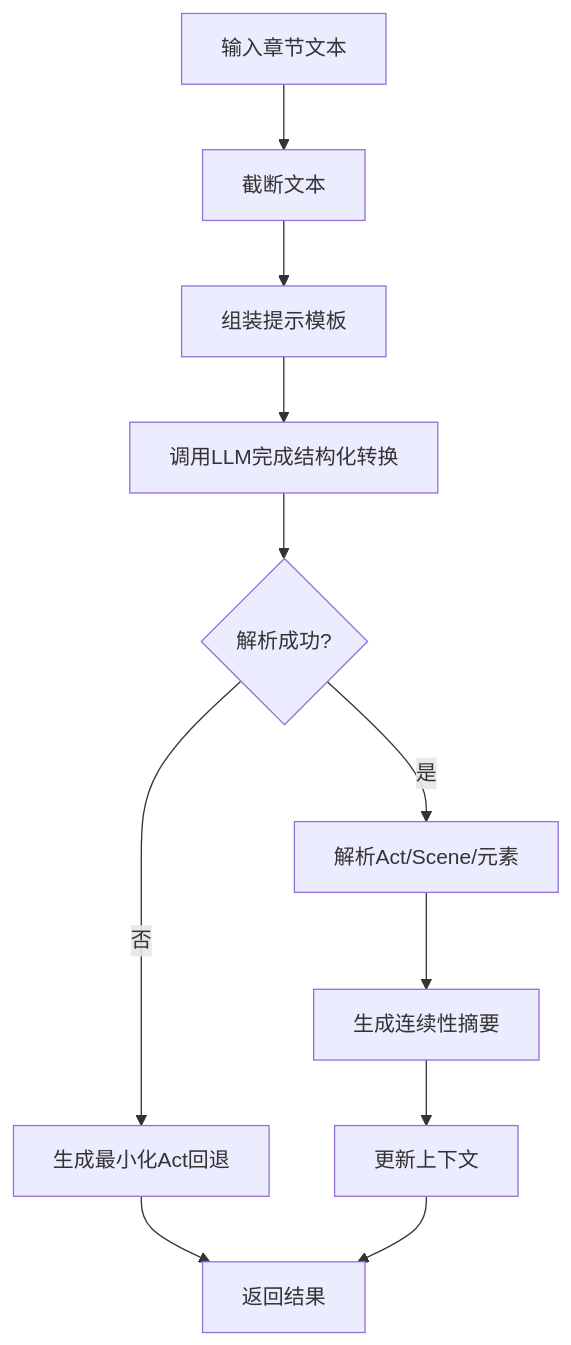
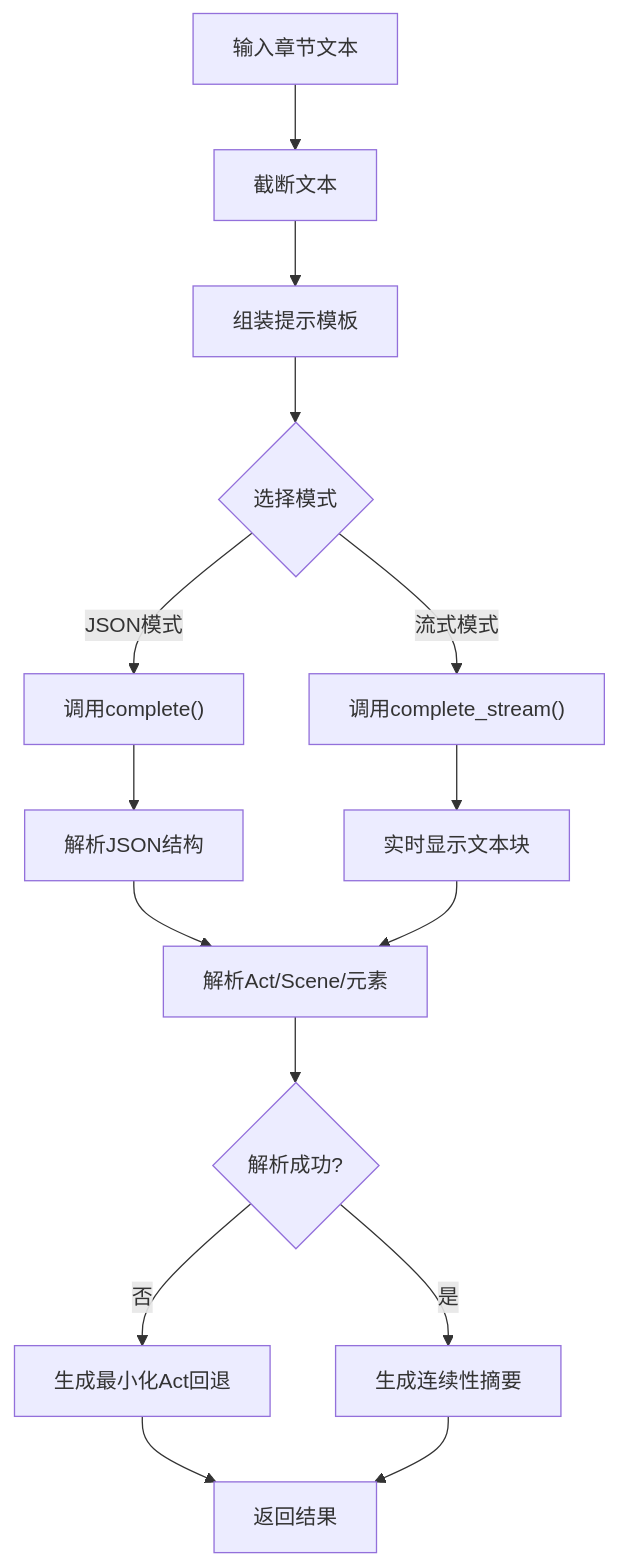
Before and after one commit to tjujingzong/Novel-to-Screenplay: the seventh of 9 diagrams in .qoder/repowiki/zh/content/核心服务模块/LLM客户端服务.md, drawn with Mermaid. The commit also changed other lines of this file and 21 other files, not shown here.

````diff
--- a/.qoder/repowiki/zh/content/核心服务模块/LLM客户端服务.md
+++ b/.qoder/repowiki/zh/content/核心服务模块/LLM客户端服务.md
@@ -269,13 +337,17 @@
 ```mermaid
 flowchart TD
 A["输入章节文本"] --> B["截断文本"]
 B --> C["组装提示模板"]
-C --> D["调用LLM完成结构化转换"]
-D --> E{"解析成功?"}
-E -- 否 --> F["生成最小化Act回退"]
-E -- 是 --> G["解析Act/Scene/元素"]
-G --> H["生成连续性摘要"]
-H --> I["更新上下文"]
-F --> J["返回结果"]
-I --> J
+C --> D{"选择模式"}
+D --> |JSON模式| E["调用complete()"]
+D --> |流式模式| F["调用complete_stream()"]
+E --> G["解析JSON结构"]
+F --> H["实时显示文本块"]
+G --> I["解析Act/Scene/元素"]
+H --> I
+I --> J{"解析成功?"}
+J -- 否 --> K["生成最小化Act回退"]
+J -- 是 --> L["生成连续性摘要"]
+K --> M["返回结果"]
+L --> M
 ```
````
